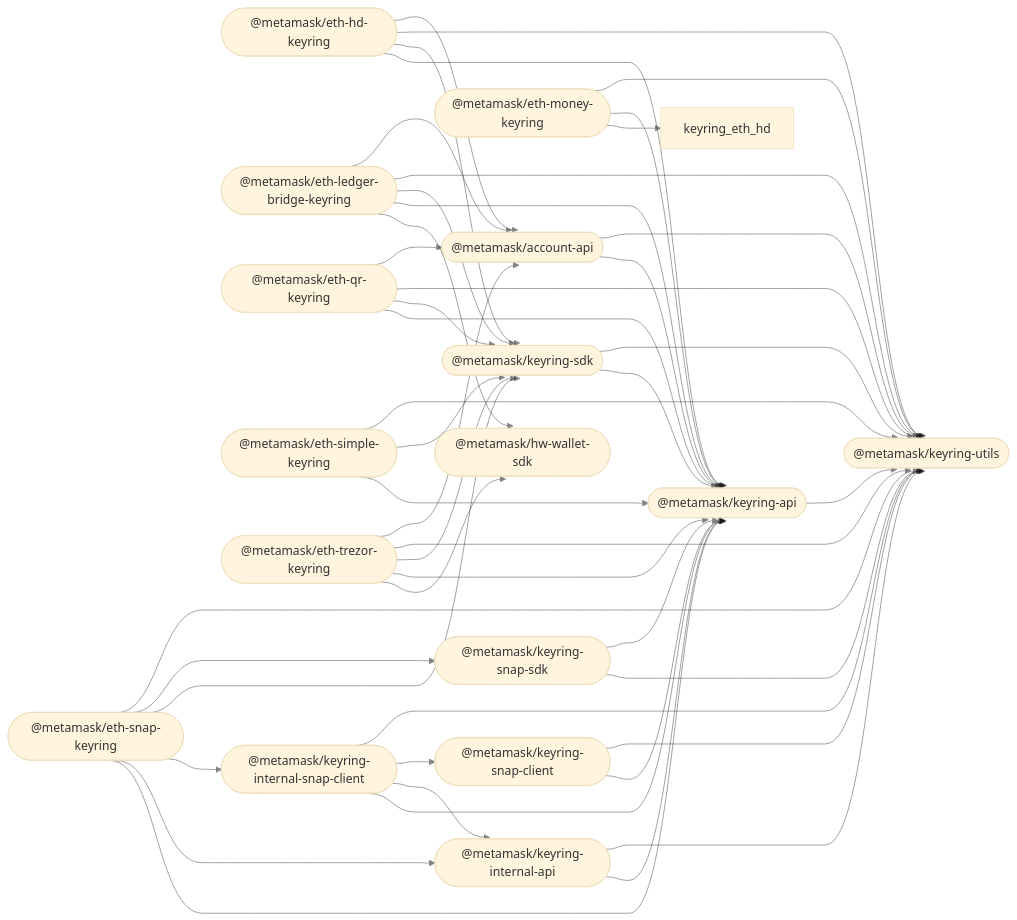
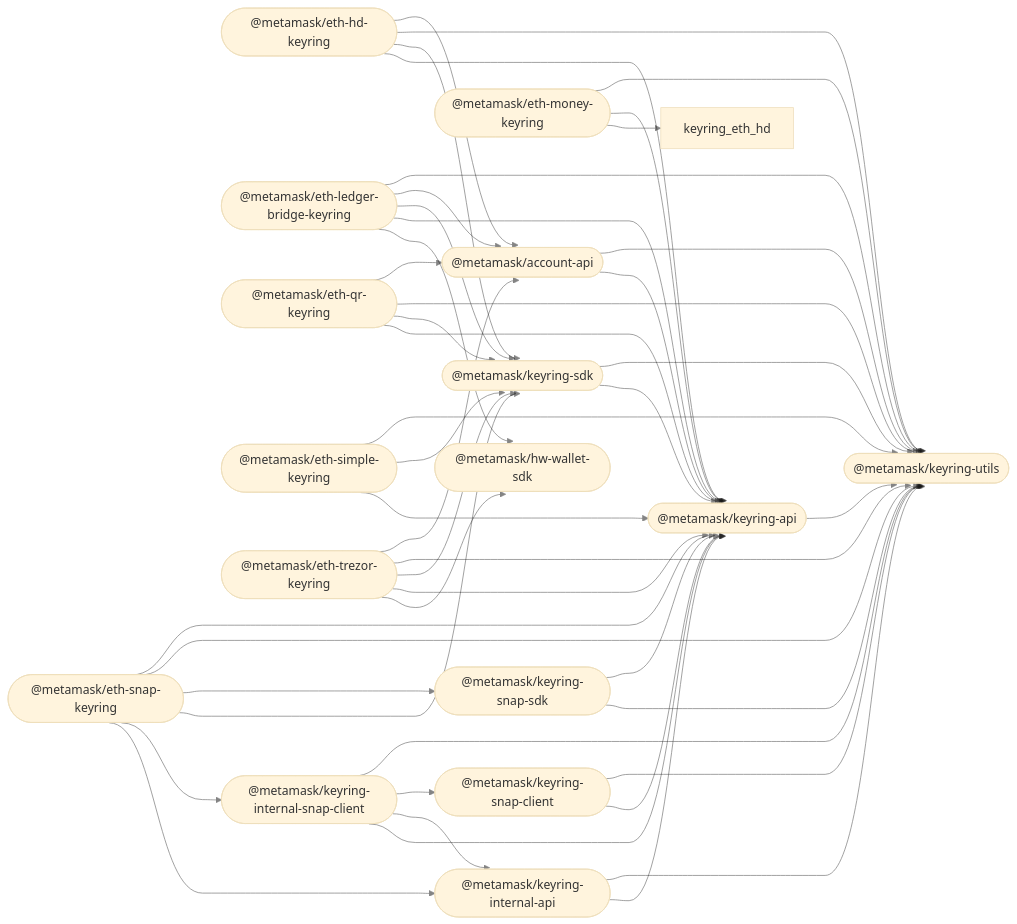
One commit to MetaMask/accounts changed the diagram in README.md. Above: the diagram before and after it, drawn with Mermaid (base theme). The commit also changed other lines of this file and 32 other files, not shown here.

````diff
--- a/README.md
+++ b/README.md
@@ -38,66 +38,66 @@
 ```mermaid
 %%{ init: { 'flowchart': { 'curve': 'bumpX' } } }%%
 graph LR;
 linkStyle default opacity:0.5
   account_api(["@metamask/account-api"]);
   hw_wallet_sdk(["@metamask/hw-wallet-sdk"]);
   keyring_api(["@metamask/keyring-api"]);
   eth_hd_keyring(["@metamask/eth-hd-keyring"]);
   eth_ledger_bridge_keyring(["@metamask/eth-ledger-bridge-keyring"]);
   eth_money_keyring(["@metamask/eth-money-keyring"]);
   eth_qr_keyring(["@metamask/eth-qr-keyring"]);
   eth_simple_keyring(["@metamask/eth-simple-keyring"]);
   eth_trezor_keyring(["@metamask/eth-trezor-keyring"]);
   keyring_internal_api(["@metamask/keyring-internal-api"]);
   keyring_internal_snap_client(["@metamask/keyring-internal-snap-client"]);
   keyring_sdk(["@metamask/keyring-sdk"]);
   eth_snap_keyring(["@metamask/eth-snap-keyring"]);
   keyring_snap_client(["@metamask/keyring-snap-client"]);
   keyring_snap_sdk(["@metamask/keyring-snap-sdk"]);
   keyring_utils(["@metamask/keyring-utils"]);
   account_api --> keyring_api;
   account_api --> keyring_utils;
   keyring_api --> keyring_utils;
   eth_hd_keyring --> keyring_api;
   eth_hd_keyring --> keyring_sdk;
   eth_hd_keyring --> keyring_utils;
   eth_hd_keyring --> account_api;
   eth_ledger_bridge_keyring --> hw_wallet_sdk;
   eth_ledger_bridge_keyring --> keyring_api;
   eth_ledger_bridge_keyring --> keyring_sdk;
+  eth_ledger_bridge_keyring --> account_api;
   eth_ledger_bridge_keyring --> keyring_utils;
-  eth_ledger_bridge_keyring --> account_api;
   eth_money_keyring --> keyring_eth_hd;
   eth_money_keyring --> keyring_api;
   eth_money_keyring --> keyring_utils;
   eth_qr_keyring --> keyring_api;
   eth_qr_keyring --> keyring_sdk;
   eth_qr_keyring --> keyring_utils;
   eth_qr_keyring --> account_api;
   eth_simple_keyring --> keyring_api;
   eth_simple_keyring --> keyring_sdk;
   eth_simple_keyring --> keyring_utils;
   eth_trezor_keyring --> hw_wallet_sdk;
   eth_trezor_keyring --> keyring_api;
   eth_trezor_keyring --> keyring_sdk;
   eth_trezor_keyring --> keyring_utils;
   eth_trezor_keyring --> account_api;
   keyring_internal_api --> keyring_api;
   keyring_internal_api --> keyring_utils;
   keyring_internal_snap_client --> keyring_api;
   keyring_internal_snap_client --> keyring_internal_api;
   keyring_internal_snap_client --> keyring_snap_client;
   keyring_internal_snap_client --> keyring_utils;
   keyring_sdk --> keyring_api;
   keyring_sdk --> keyring_utils;
-  eth_snap_keyring --> keyring_api;
   eth_snap_keyring --> keyring_internal_api;
   eth_snap_keyring --> keyring_internal_snap_client;
   eth_snap_keyring --> keyring_sdk;
   eth_snap_keyring --> keyring_snap_sdk;
   eth_snap_keyring --> keyring_utils;
+  eth_snap_keyring --> keyring_api;
   keyring_snap_client --> keyring_api;
   keyring_snap_client --> keyring_utils;
   keyring_snap_sdk --> keyring_utils;
   keyring_snap_sdk --> keyring_api;
 ```
````
